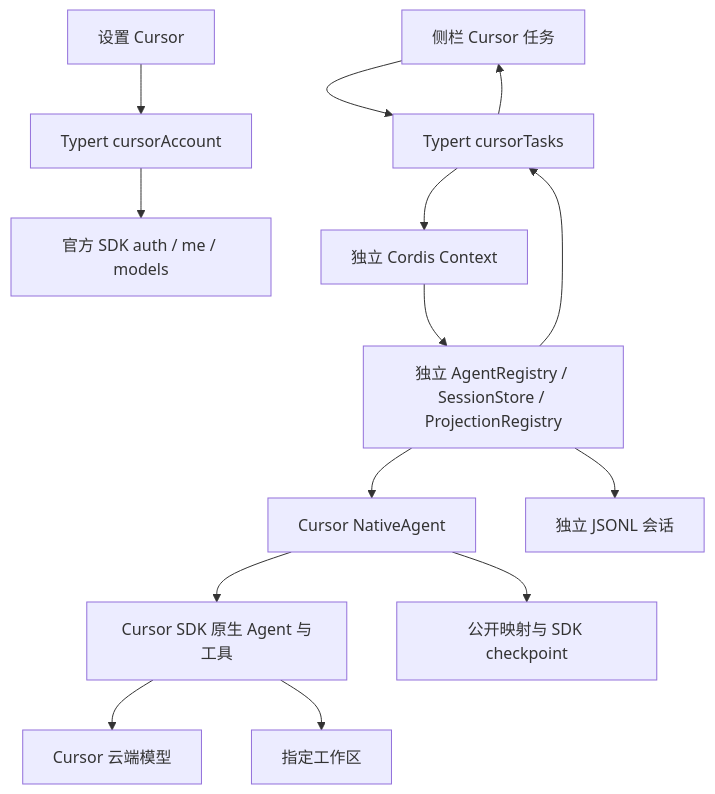
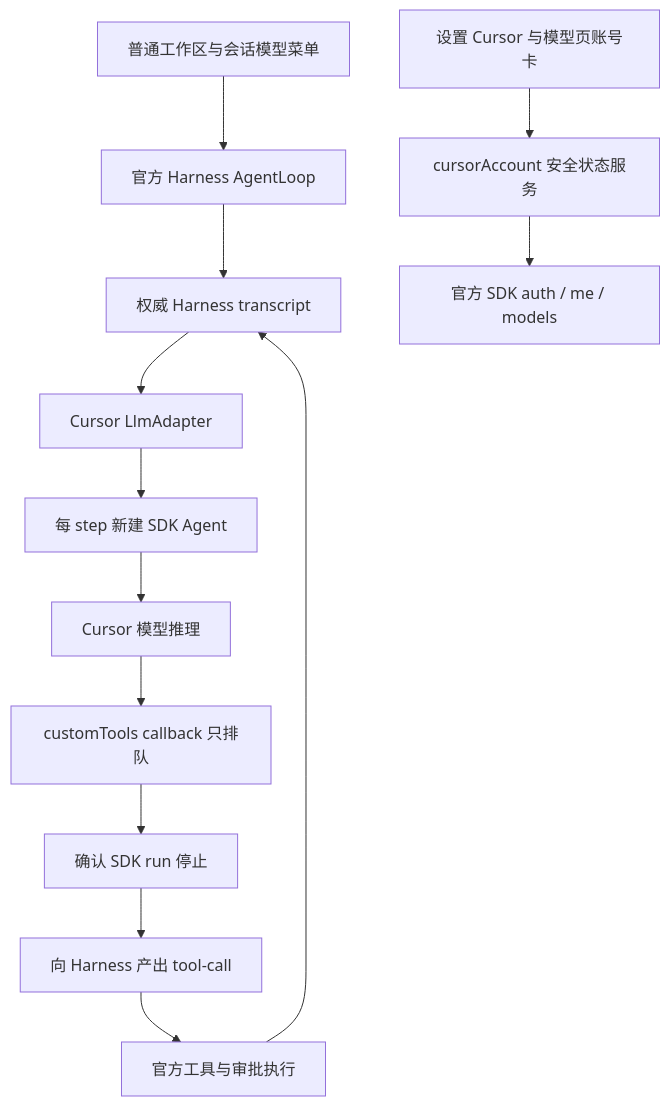
One commit to wuyouchao/dsh-cursor-agent changed the diagram in docs/architecture.md. Above: the diagram before and after it, drawn with Mermaid. The commit also changed other lines of this file and 90 other files, not shown here.

````diff
--- a/docs/architecture.md
+++ b/docs/architecture.md
@@ -7,16 +7,15 @@
 ```mermaid
 flowchart TD
-  Settings[设置 Cursor] --> Account[Typert cursorAccount]
+  UI[普通工作区与会话模型菜单] --> Loop[官方 Harness AgentLoop]
+  Loop --> History[权威 Harness transcript]
+  History --> Adapter[Cursor LlmAdapter]
+  Adapter --> Fresh[每 step 新建 SDK Agent]
+  Fresh --> Model[Cursor 模型推理]
+  Model --> Queue[customTools callback 只排队]
+  Queue --> Stop[确认 SDK run 停止]
+  Stop --> Calls[向 Harness 产出 tool-call]
+  Calls --> Host[官方工具与审批执行]
+  Host --> History
+  Settings[设置 Cursor 与模型页账号卡] --> Account[cursorAccount 安全状态服务]
   Account --> Auth[官方 SDK auth / me / models]
-  Sidebar[侧栏 Cursor 任务] --> Tasks[Typert cursorTasks]
-  Tasks --> Domain[独立 Cordis Context]
-  Domain --> Registries[独立 AgentRegistry / SessionStore / ProjectionRegistry]
-  Registries --> Native[Cursor NativeAgent]
-  Native --> SDK[Cursor SDK 原生 Agent 与工具]
-  SDK --> Model[Cursor 云端模型]
-  SDK --> Workspace[指定工作区]
-  Registries --> JSONL[独立 JSONL 会话]
-  Native --> Mapping[公开映射与 SDK checkpoint]
-  Registries --> Tasks
-  Tasks --> Sidebar
 ```
````
